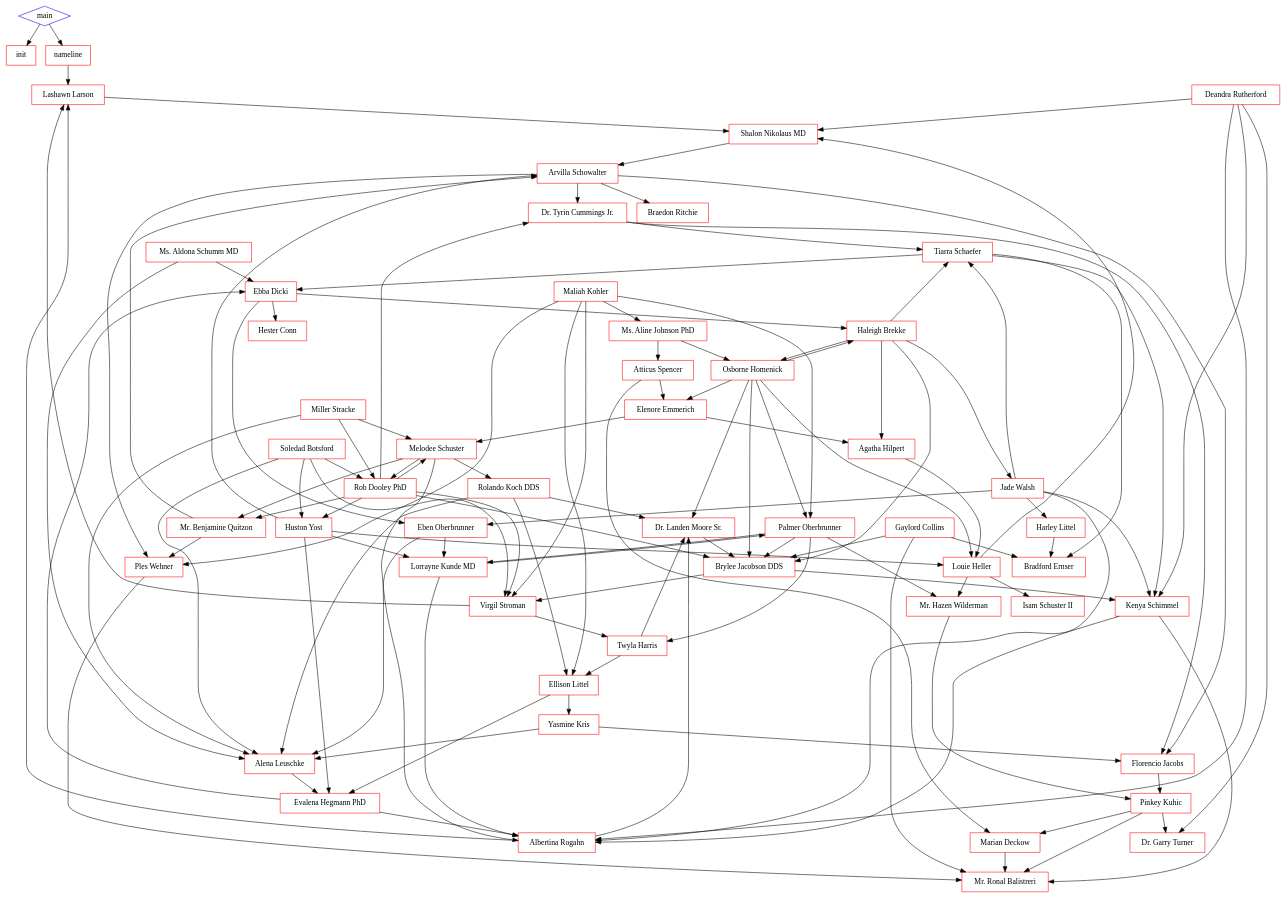
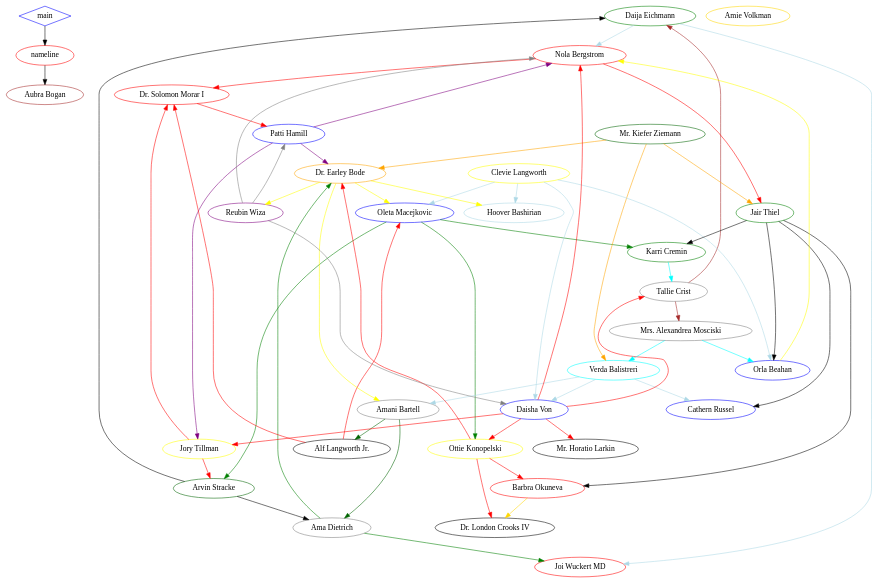
One commit to 6769/m14kabing changed the diagram in Graphviz/FakeNameGraph/_generated_graph.gv. Above: the diagram before and after it, drawn with Graphviz. The commit also changed 5 other files, not shown here.

```diff
--- a/Graphviz/FakeNameGraph/_generated_graph.gv
+++ b/Graphviz/FakeNameGraph/_generated_graph.gv
@@ -1,239 +1,242 @@
 digraph main{
-    node[shape=box,color=red]
+    node[color=red]
     main[shape=diamond,color=blue]
+    //node feature
     
-    main -> init
+    "Aubra Bogan"[color=brown]
 
+    "Daija Eichmann"[color=green]
+
+    "Ama Dietrich"[color=gray]
+
+    "Arvin Stracke"[color=darkgreen]
+
+    "Amie Volkman"[color=gold]
+
+    "Patti Hamill"[color=blue]
+
+    "Tallie Crist"[color=gray]
+
+    "Nola Bergstrom"[color=red]
+
+    "Oleta Macejkovic"[color=blue]
+
+    "Dr. Solomon Morar I"[color=red]
+
+    "Cathern Russel"[color=blue]
+
+    "Mr. Kiefer Ziemann"[color=darkgreen]
+
+    "Verda Balistreri"[color=cyan]
+
+    "Dr. London Crooks IV"[color=black]
+
+    "Barbra Okuneva"[color=red]
+
+    "Amani Bartell"[color=gray]
+
+    "Clevie Langworth"[color=yellow]
+
+    "Joi Wuckert MD"[color=red]
+
+    "Alf Langworth Jr."[color=black]
+
+    "Jory Tillman"[color=yellow]
+
+    "Jair Thiel"[color=green]
+
+    "Ottie Konopelski"[color=yellow]
+
+    "Mr. Horatio Larkin"[color=black]
+
+    "Orla Beahan"[color=blue]
+
+    "Daisha Von"[color=blue]
+
+    "Hoover Bashirian"[color=lightblue]
+
+    "Dr. Earley Bode"[color=orange]
+
+    "Mrs. Alexandrea Mosciski"[color=gray]
+
+    "Karri Cremin"[color=green]
+
+    "Reubin Wiza"[color=purple]
+
+    
     main -> nameline
-    nameline ->"Lashawn Larson"
+    nameline ->"Aubra Bogan"
     //generated
-         "Lashawn Larson" -> "Shalon Nikolaus MD" 
-    //the 0--48 
-     "Albertina Rogahn" -> "Lashawn Larson" 
-    //the 1--0 
-     "Albertina Rogahn" -> "Dr. Landen Moore Sr." 
-    //the 1--14 
-     "Tiarra Schaefer" -> "Ebba Dicki" 
-    //the 2--8 
-     "Tiarra Schaefer" -> "Bradford Ernser" 
-    //the 2--18 
-     "Tiarra Schaefer" -> "Kenya Schimmel" 
-    //the 2--31 
-     "Miller Stracke" -> "Melodee Schuster" 
-    //the 3--23 
-     "Miller Stracke" -> "Rob Dooley PhD" 
-    //the 3--24 
-     "Miller Stracke" -> "Alena Leuschke" 
-    //the 3--43 
-     "Evalena Hegmann PhD" -> "Albertina Rogahn" 
-    //the 4--1 
-     "Evalena Hegmann PhD" -> "Ebba Dicki" 
-    //the 4--8 
-     "Ms. Aldona Schumm MD" -> "Ebba Dicki" 
-    //the 5--8 
-     "Ms. Aldona Schumm MD" -> "Alena Leuschke" 
-    //the 5--43 
-     "Palmer Oberbrunner" -> "Twyla Harris" 
-    //the 6--15 
-     "Palmer Oberbrunner" -> "Brylee Jacobson DDS" 
-    //the 6--16 
-     "Palmer Oberbrunner" -> "Mr. Hazen Wilderman" 
-    //the 6--25 
-     "Palmer Oberbrunner" -> "Lorrayne Kunde MD" 
-    //the 6--29 
-     "Florencio Jacobs" -> "Pinkey Kuhic" 
-    //the 7--33 
-     "Ebba Dicki" -> "Haleigh Brekke" 
-    //the 8--9 
-     "Ebba Dicki" -> "Hester Conn" 
-    //the 8--17 
-     "Ebba Dicki" -> "Eben Oberbrunner" 
-    //the 8--34 
-     "Haleigh Brekke" -> "Tiarra Schaefer" 
-    //the 9--2 
-     "Haleigh Brekke" -> "Jade Walsh" 
-    //the 9--10 
-     "Haleigh Brekke" -> "Brylee Jacobson DDS" 
-    //the 9--16 
-     "Haleigh Brekke" -> "Agatha Hilpert" 
-    //the 9--32 
-     "Haleigh Brekke" -> "Osborne Homenick" 
-    //the 9--36 
-     "Jade Walsh" -> "Albertina Rogahn" 
-    //the 10--1 
-     "Jade Walsh" -> "Tiarra Schaefer" 
-    //the 10--2 
-     "Jade Walsh" -> "Harley Littel" 
-    //the 10--28 
-     "Jade Walsh" -> "Kenya Schimmel" 
-    //the 10--31 
-     "Jade Walsh" -> "Eben Oberbrunner" 
-    //the 10--34 
-     "Arvilla Schowalter" -> "Florencio Jacobs" 
-    //the 11--7 
-     "Arvilla Schowalter" -> "Braedon Ritchie" 
-    //the 11--27 
-     "Arvilla Schowalter" -> "Dr. Tyrin Cummings Jr." 
-    //the 11--39 
-     "Arvilla Schowalter" -> "Ples Wehner" 
-    //the 11--49 
-     "Huston Yost" -> "Evalena Hegmann PhD" 
-    //the 12--4 
-     "Huston Yost" -> "Arvilla Schowalter" 
-    //the 12--11 
-     "Huston Yost" -> "Lorrayne Kunde MD" 
-    //the 12--29 
-     "Huston Yost" -> "Louie Heller" 
-    //the 12--44 
-     "Soledad Botsford" -> "Huston Yost" 
-    //the 13--12 
-     "Soledad Botsford" -> "Virgil Stroman" 
-    //the 13--22 
-     "Soledad Botsford" -> "Rob Dooley PhD" 
-    //the 13--24 
-     "Soledad Botsford" -> "Alena Leuschke" 
-    //the 13--43 
-     "Dr. Landen Moore Sr." -> "Brylee Jacobson DDS" 
-    //the 14--16 
-     "Twyla Harris" -> "Dr. Landen Moore Sr." 
-    //the 15--14 
-     "Twyla Harris" -> "Ellison Littel" 
-    //the 15--21 
-     "Brylee Jacobson DDS" -> "Virgil Stroman" 
-    //the 16--22 
-     "Brylee Jacobson DDS" -> "Kenya Schimmel" 
-    //the 16--31 
-     "Ms. Aline Johnson PhD" -> "Osborne Homenick" 
-    //the 19--36 
-     "Ms. Aline Johnson PhD" -> "Atticus Spencer" 
-    //the 19--47 
-     "Gaylord Collins" -> "Brylee Jacobson DDS" 
-    //the 20--16 
-     "Gaylord Collins" -> "Bradford Ernser" 
-    //the 20--18 
-     "Gaylord Collins" -> "Mr. Ronal Balistreri" 
-    //the 20--35 
-     "Ellison Littel" -> "Evalena Hegmann PhD" 
-    //the 21--4 
-     "Ellison Littel" -> "Yasmine Kris" 
-    //the 21--42 
-     "Virgil Stroman" -> "Lashawn Larson" 
-    //the 22--0 
-     "Virgil Stroman" -> "Twyla Harris" 
-    //the 22--15 
-     "Melodee Schuster" -> "Albertina Rogahn" 
-    //the 23--1 
-     "Melodee Schuster" -> "Rob Dooley PhD" 
-    //the 23--24 
-     "Melodee Schuster" -> "Mr. Benjamine Quitzon" 
-    //the 23--30 
-     "Melodee Schuster" -> "Rolando Koch DDS" 
-    //the 23--37 
-     "Rob Dooley PhD" -> "Huston Yost" 
-    //the 24--12 
-     "Rob Dooley PhD" -> "Brylee Jacobson DDS" 
-    //the 24--16 
-     "Rob Dooley PhD" -> "Virgil Stroman" 
-    //the 24--22 
-     "Rob Dooley PhD" -> "Melodee Schuster" 
-    //the 24--23 
-     "Rob Dooley PhD" -> "Mr. Benjamine Quitzon" 
-    //the 24--30 
-     "Rob Dooley PhD" -> "Dr. Tyrin Cummings Jr." 
-    //the 24--39 
-     "Mr. Hazen Wilderman" -> "Pinkey Kuhic" 
-    //the 25--33 
-     "Marian Deckow" -> "Mr. Ronal Balistreri" 
-    //the 26--35 
-     "Harley Littel" -> "Bradford Ernser" 
-    //the 28--18 
-     "Lorrayne Kunde MD" -> "Albertina Rogahn" 
-    //the 29--1 
-     "Lorrayne Kunde MD" -> "Palmer Oberbrunner" 
-    //the 29--6 
-     "Mr. Benjamine Quitzon" -> "Arvilla Schowalter" 
-    //the 30--11 
-     "Mr. Benjamine Quitzon" -> "Ples Wehner" 
-    //the 30--49 
-     "Kenya Schimmel" -> "Albertina Rogahn" 
-    //the 31--1 
-     "Kenya Schimmel" -> "Mr. Ronal Balistreri" 
-    //the 31--35 
-     "Agatha Hilpert" -> "Louie Heller" 
-    //the 32--44 
-     "Pinkey Kuhic" -> "Marian Deckow" 
-    //the 33--26 
-     "Pinkey Kuhic" -> "Mr. Ronal Balistreri" 
-    //the 33--35 
-     "Pinkey Kuhic" -> "Dr. Garry Turner" 
-    //the 33--38 
-     "Eben Oberbrunner" -> "Lorrayne Kunde MD" 
-    //the 34--29 
-     "Eben Oberbrunner" -> "Alena Leuschke" 
-    //the 34--43 
-     "Osborne Homenick" -> "Palmer Oberbrunner" 
-    //the 36--6 
-     "Osborne Homenick" -> "Haleigh Brekke" 
-    //the 36--9 
-     "Osborne Homenick" -> "Dr. Landen Moore Sr." 
-    //the 36--14 
-     "Osborne Homenick" -> "Brylee Jacobson DDS" 
-    //the 36--16 
-     "Osborne Homenick" -> "Elenore Emmerich" 
-    //the 36--40 
-     "Osborne Homenick" -> "Louie Heller" 
-    //the 36--44 
-     "Rolando Koch DDS" -> "Dr. Landen Moore Sr." 
-    //the 37--14 
-     "Rolando Koch DDS" -> "Ellison Littel" 
-    //the 37--21 
-     "Rolando Koch DDS" -> "Alena Leuschke" 
-    //the 37--43 
-     "Dr. Tyrin Cummings Jr." -> "Tiarra Schaefer" 
-    //the 39--2 
-     "Dr. Tyrin Cummings Jr." -> "Florencio Jacobs" 
-    //the 39--7 
-     "Elenore Emmerich" -> "Melodee Schuster" 
-    //the 40--23 
-     "Elenore Emmerich" -> "Agatha Hilpert" 
-    //the 40--32 
-     "Yasmine Kris" -> "Florencio Jacobs" 
-    //the 42--7 
-     "Yasmine Kris" -> "Alena Leuschke" 
-    //the 42--43 
-     "Alena Leuschke" -> "Evalena Hegmann PhD" 
-    //the 43--4 
-     "Louie Heller" -> "Mr. Hazen Wilderman" 
-    //the 44--25 
-     "Louie Heller" -> "Isam Schuster II" 
-    //the 44--41 
-     "Louie Heller" -> "Shalon Nikolaus MD" 
-    //the 44--48 
-     "Deandra Rutherford" -> "Albertina Rogahn" 
-    //the 45--1 
-     "Deandra Rutherford" -> "Kenya Schimmel" 
-    //the 45--31 
-     "Deandra Rutherford" -> "Dr. Garry Turner" 
-    //the 45--38 
-     "Deandra Rutherford" -> "Shalon Nikolaus MD" 
-    //the 45--48 
-     "Maliah Kohler" -> "Palmer Oberbrunner" 
-    //the 46--6 
-     "Maliah Kohler" -> "Ms. Aline Johnson PhD" 
-    //the 46--19 
-     "Maliah Kohler" -> "Ellison Littel" 
-    //the 46--21 
-     "Maliah Kohler" -> "Virgil Stroman" 
-    //the 46--22 
-     "Maliah Kohler" -> "Ples Wehner" 
-    //the 46--49 
-     "Atticus Spencer" -> "Marian Deckow" 
-    //the 47--26 
-     "Atticus Spencer" -> "Elenore Emmerich" 
-    //the 47--40 
-     "Shalon Nikolaus MD" -> "Arvilla Schowalter" 
-    //the 48--11 
-     "Ples Wehner" -> "Mr. Ronal Balistreri" 
-    //the 49--35 
-
+    
+    "Daija Eichmann" -> "Nola Bergstrom"[color=lightblue]
+    //the 1--7
+    
+    "Daija Eichmann" -> "Joi Wuckert MD"[color=lightblue]
+    //the 1--17
+    
+    "Ama Dietrich" -> "Joi Wuckert MD"[color=green]
+    //the 2--17
+    
+    "Ama Dietrich" -> "Dr. Earley Bode"[color=green]
+    //the 2--26
+    
+    "Arvin Stracke" -> "Daija Eichmann"[color=black]
+    //the 3--1
+    
+    "Arvin Stracke" -> "Ama Dietrich"[color=black]
+    //the 3--2
+    
+    "Patti Hamill" -> "Nola Bergstrom"[color=purple]
+    //the 5--7
+    
+    "Patti Hamill" -> "Jory Tillman"[color=purple]
+    //the 5--19
+    
+    "Patti Hamill" -> "Dr. Earley Bode"[color=purple]
+    //the 5--26
+    
+    "Tallie Crist" -> "Daija Eichmann"[color=brown]
+    //the 6--1
+    
+    "Tallie Crist" -> "Mrs. Alexandrea Mosciski"[color=brown]
+    //the 6--27
+    
+    "Nola Bergstrom" -> "Dr. Solomon Morar I"[color=red]
+    //the 7--9
+    
+    "Nola Bergstrom" -> "Jair Thiel"[color=red]
+    //the 7--20
+    
+    "Oleta Macejkovic" -> "Arvin Stracke"[color=green]
+    //the 8--3
+    
+    "Oleta Macejkovic" -> "Ottie Konopelski"[color=green]
+    //the 8--21
+    
+    "Oleta Macejkovic" -> "Karri Cremin"[color=green]
+    //the 8--28
+    
+    "Dr. Solomon Morar I" -> "Patti Hamill"[color=red]
+    //the 9--5
+    
+    "Mr. Kiefer Ziemann" -> "Verda Balistreri"[color=orange]
+    //the 11--12
+    
+    "Mr. Kiefer Ziemann" -> "Jair Thiel"[color=orange]
+    //the 11--20
+    
+    "Mr. Kiefer Ziemann" -> "Dr. Earley Bode"[color=orange]
+    //the 11--26
+    
+    "Verda Balistreri" -> "Cathern Russel"[color=lightblue]
+    //the 12--10
+    
+    "Verda Balistreri" -> "Amani Bartell"[color=lightblue]
+    //the 12--15
+    
+    "Verda Balistreri" -> "Daisha Von"[color=lightblue]
+    //the 12--24
+    
+    "Barbra Okuneva" -> "Dr. London Crooks IV"[color=gold]
+    //the 14--13
+    
+    "Amani Bartell" -> "Ama Dietrich"[color=darkgreen]
+    //the 15--2
+    
+    "Amani Bartell" -> "Alf Langworth Jr."[color=darkgreen]
+    //the 15--18
+    
+    "Clevie Langworth" -> "Oleta Macejkovic"[color=lightblue]
+    //the 16--8
+    
+    "Clevie Langworth" -> "Orla Beahan"[color=lightblue]
+    //the 16--23
+    
+    "Clevie Langworth" -> "Daisha Von"[color=lightblue]
+    //the 16--24
+    
+    "Clevie Langworth" -> "Hoover Bashirian"[color=lightblue]
+    //the 16--25
+    
+    "Alf Langworth Jr." -> "Oleta Macejkovic"[color=red]
+    //the 18--8
+    
+    "Alf Langworth Jr." -> "Dr. Solomon Morar I"[color=red]
+    //the 18--9
+    
+    "Jory Tillman" -> "Arvin Stracke"[color=red]
+    //the 19--3
+    
+    "Jory Tillman" -> "Dr. Solomon Morar I"[color=red]
+    //the 19--9
+    
+    "Jair Thiel" -> "Cathern Russel"[color=black]
+    //the 20--10
+    
+    "Jair Thiel" -> "Barbra Okuneva"[color=black]
+    //the 20--14
+    
+    "Jair Thiel" -> "Orla Beahan"[color=black]
+    //the 20--23
+    
+    "Jair Thiel" -> "Karri Cremin"[color=black]
+    //the 20--28
+    
+    "Ottie Konopelski" -> "Dr. London Crooks IV"[color=red]
+    //the 21--13
+    
+    "Ottie Konopelski" -> "Barbra Okuneva"[color=red]
+    //the 21--14
+    
+    "Ottie Konopelski" -> "Dr. Earley Bode"[color=red]
+    //the 21--26
+    
+    "Orla Beahan" -> "Nola Bergstrom"[color=yellow]
+    //the 23--7
+    
+    "Daisha Von" -> "Tallie Crist"[color=red]
+    //the 24--6
+    
+    "Daisha Von" -> "Nola Bergstrom"[color=red]
+    //the 24--7
+    
+    "Daisha Von" -> "Jory Tillman"[color=red]
+    //the 24--19
+    
+    "Daisha Von" -> "Ottie Konopelski"[color=red]
+    //the 24--21
+    
+    "Daisha Von" -> "Mr. Horatio Larkin"[color=red]
+    //the 24--22
+    
+    "Dr. Earley Bode" -> "Oleta Macejkovic"[color=yellow]
+    //the 26--8
+    
+    "Dr. Earley Bode" -> "Amani Bartell"[color=yellow]
+    //the 26--15
+    
+    "Dr. Earley Bode" -> "Hoover Bashirian"[color=yellow]
+    //the 26--25
+    
+    "Dr. Earley Bode" -> "Reubin Wiza"[color=yellow]
+    //the 26--29
+    
+    "Mrs. Alexandrea Mosciski" -> "Verda Balistreri"[color=cyan]
+    //the 27--12
+    
+    "Mrs. Alexandrea Mosciski" -> "Orla Beahan"[color=cyan]
+    //the 27--23
+    
+    "Karri Cremin" -> "Tallie Crist"[color=cyan]
+    //the 28--6
+    
+    "Reubin Wiza" -> "Patti Hamill"[color=gray]
+    //the 29--5
+    
+    "Reubin Wiza" -> "Nola Bergstrom"[color=gray]
+    //the 29--7
+    
+    "Reubin Wiza" -> "Daisha Von"[color=gray]
+    //the 29--24
+    
 }
```
